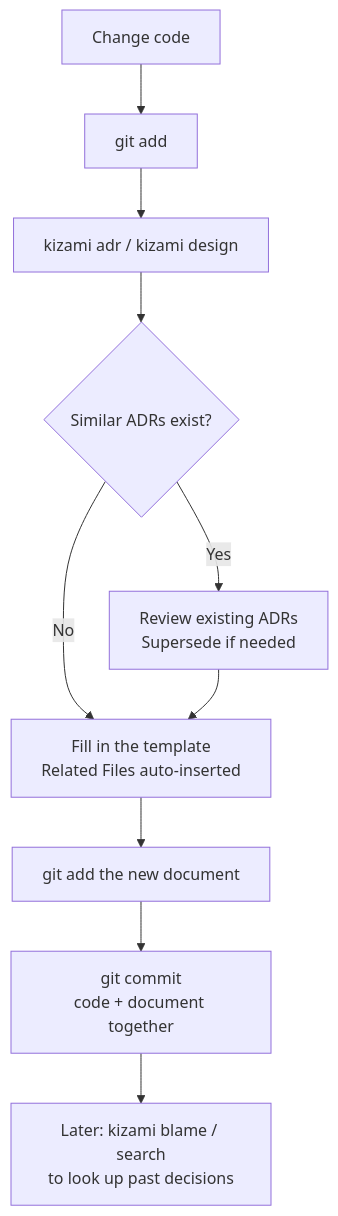
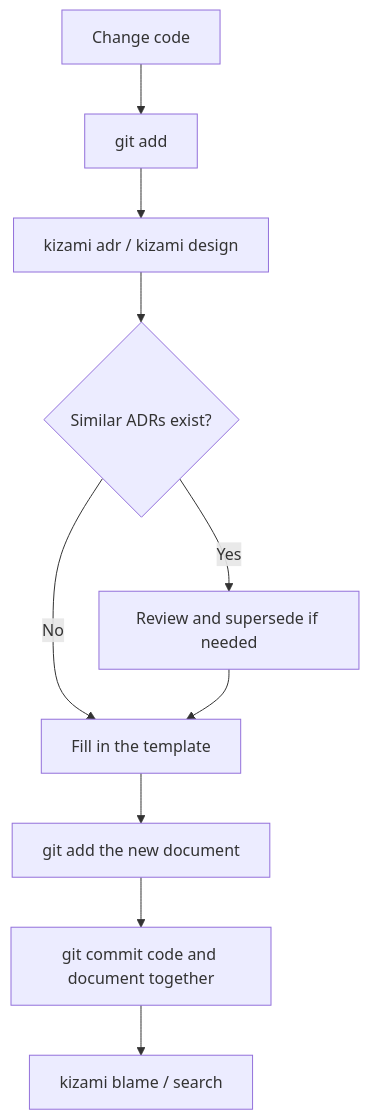
The diagram in docs/site/workflow.md (mskasa/declog), drawn with Mermaid before and after one commit. The commit also changed 1 other file, not shown here.

Commit message:
fix: remove \n line breaks from Mermaid node labels
\n in square-bracket labels is not supported in Mermaid v11 and
causes a syntax error. Simplify all multi-line labels to single lines.

```diff
--- a/docs/site/workflow.md
+++ b/docs/site/workflow.md
@@ -19,12 +19,12 @@
 <div class="mermaid">
 flowchart TD
     A[Change code] --> B[git add]
     B --> C[kizami adr / kizami design]
     C --> D{Similar ADRs exist?}
-    D -- Yes --> E[Review existing ADRs\nSupersede if needed]
-    D -- No --> F[Fill in the template\nRelated Files auto-inserted]
+    D -- Yes --> E[Review and supersede if needed]
+    D -- No --> F[Fill in the template]
     E --> F
     F --> G[git add the new document]
-    G --> H[git commit\ncode + document together]
-    H --> I[Later: kizami blame / search\nto look up past decisions]
+    G --> H[git commit code and document together]
+    H --> I[kizami blame / search]
 </div>
```
